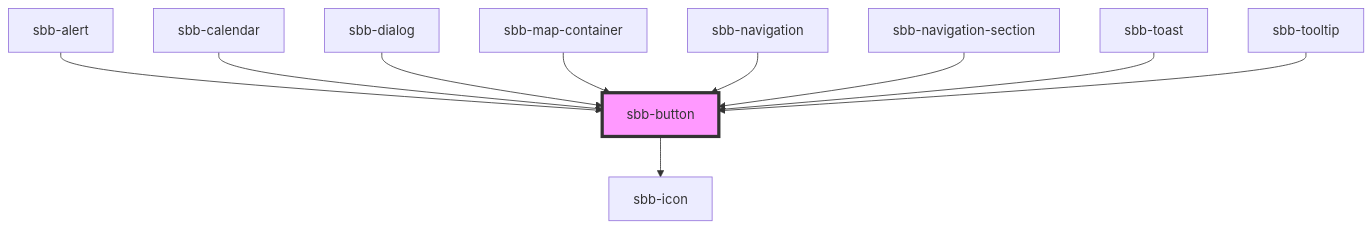
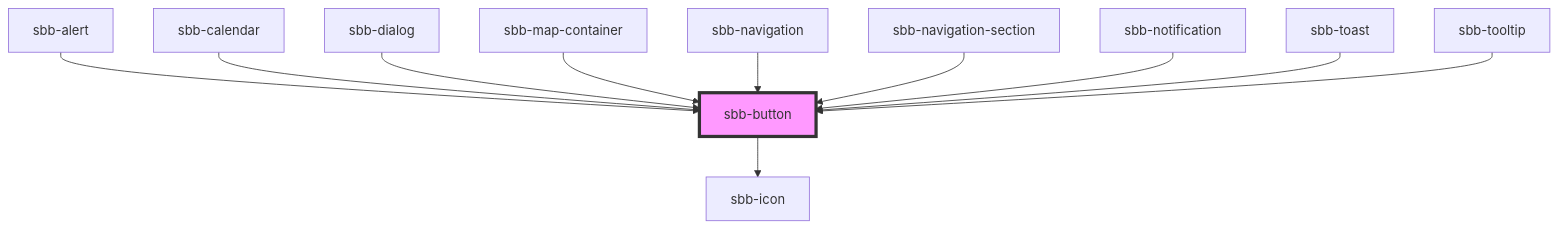
One commit to sbb-design-systems/lyne-components changed the diagram in src/components/sbb-button/readme.md. Above: the diagram before and after it, drawn with Mermaid. The commit also changed other lines of this file and 14 other files, not shown here.

````diff
--- a/src/components/sbb-button/readme.md
+++ b/src/components/sbb-button/readme.md
@@ -91,13 +92,14 @@
 ```mermaid
 graph TD;
   sbb-button --> sbb-icon
   sbb-alert --> sbb-button
   sbb-calendar --> sbb-button
   sbb-dialog --> sbb-button
   sbb-map-container --> sbb-button
   sbb-navigation --> sbb-button
   sbb-navigation-section --> sbb-button
+  sbb-notification --> sbb-button
   sbb-toast --> sbb-button
   sbb-tooltip --> sbb-button
   style sbb-button fill:#f9f,stroke:#333,stroke-width:4px
 ```
````
